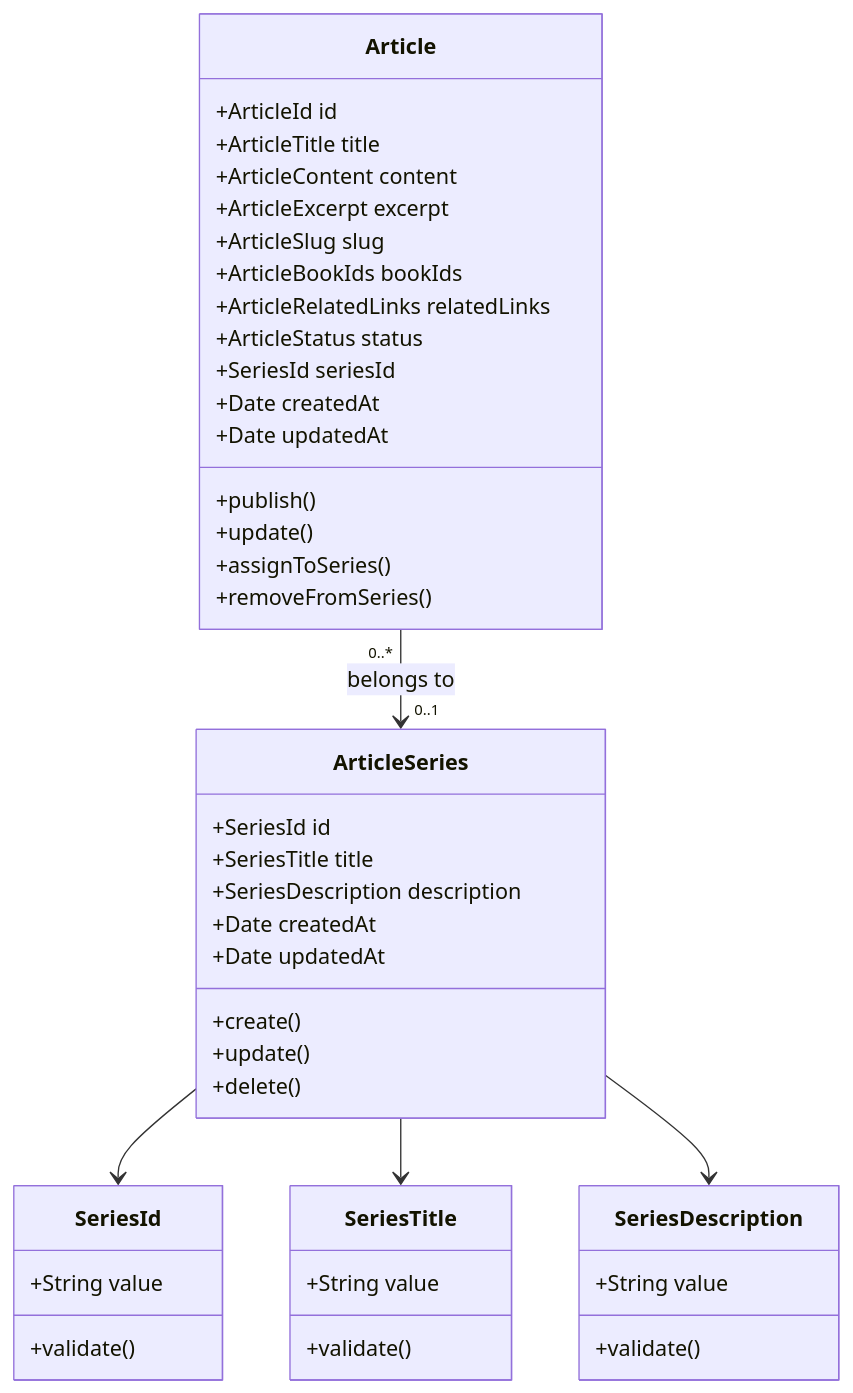
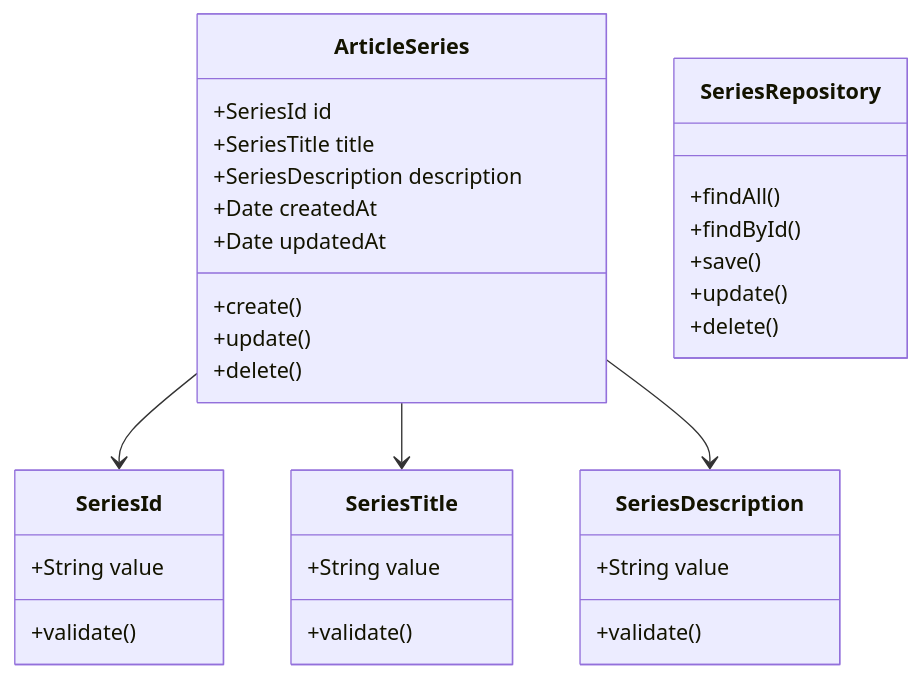
One commit to pertutatis/personal-web-backend changed the third of 4 diagrams in docs/memory-bank/systemPatterns.md. Above: the diagram before and after it, drawn with Mermaid. The commit also changed other lines of this file and 3 other files, not shown here.

````diff
--- a/docs/memory-bank/systemPatterns.md
+++ b/docs/memory-bank/systemPatterns.md
@@ -54,51 +109,40 @@
 ```mermaid
 classDiagram
-    class Article {
-        +ArticleId id
-        +ArticleTitle title
-        +ArticleContent content
-        +ArticleExcerpt excerpt
-        +ArticleSlug slug
-        +ArticleBookIds bookIds
-        +ArticleRelatedLinks relatedLinks
-        +ArticleStatus status
-        +SeriesId seriesId
-        +Date createdAt
-        +Date updatedAt
-        +publish()
-        +update()
-        +assignToSeries()
-        +removeFromSeries()
-    }
-
     class ArticleSeries {
         +SeriesId id
         +SeriesTitle title
         +SeriesDescription description
         +Date createdAt
         +Date updatedAt
         +create()
+        +update()
+        +delete()
+    }
+
+    class SeriesRepository {
+        +findAll()
+        +findById()
+        +save()
         +update()
         +delete()
     }
 
     class SeriesId {
         +String value
         +validate()
     }
 
     class SeriesTitle {
         +String value
         +validate()
     }
 
     class SeriesDescription {
         +String value
         +validate()
     }
 
-    Article "0..*" --> "0..1" ArticleSeries : belongs to
     ArticleSeries --> SeriesId
     ArticleSeries --> SeriesTitle
     ArticleSeries --> SeriesDescription
 ```
````
